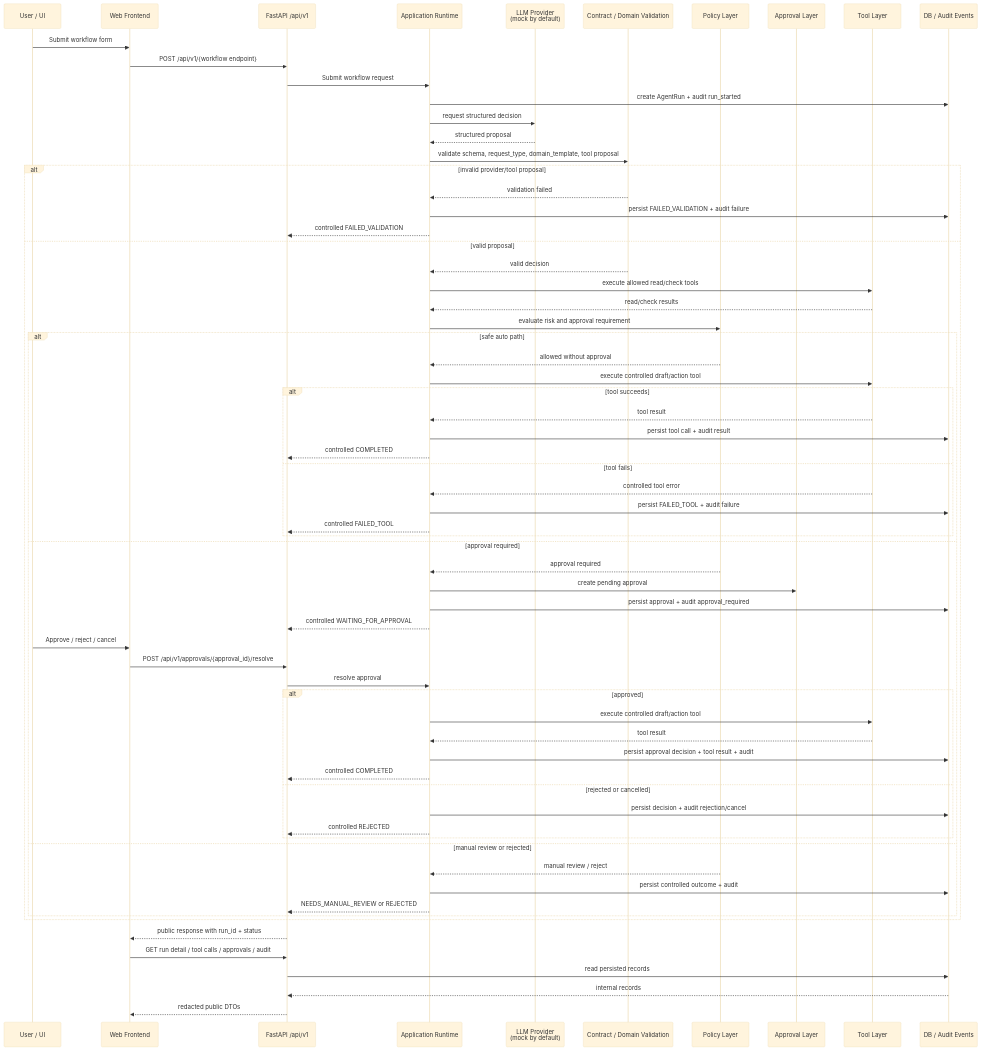
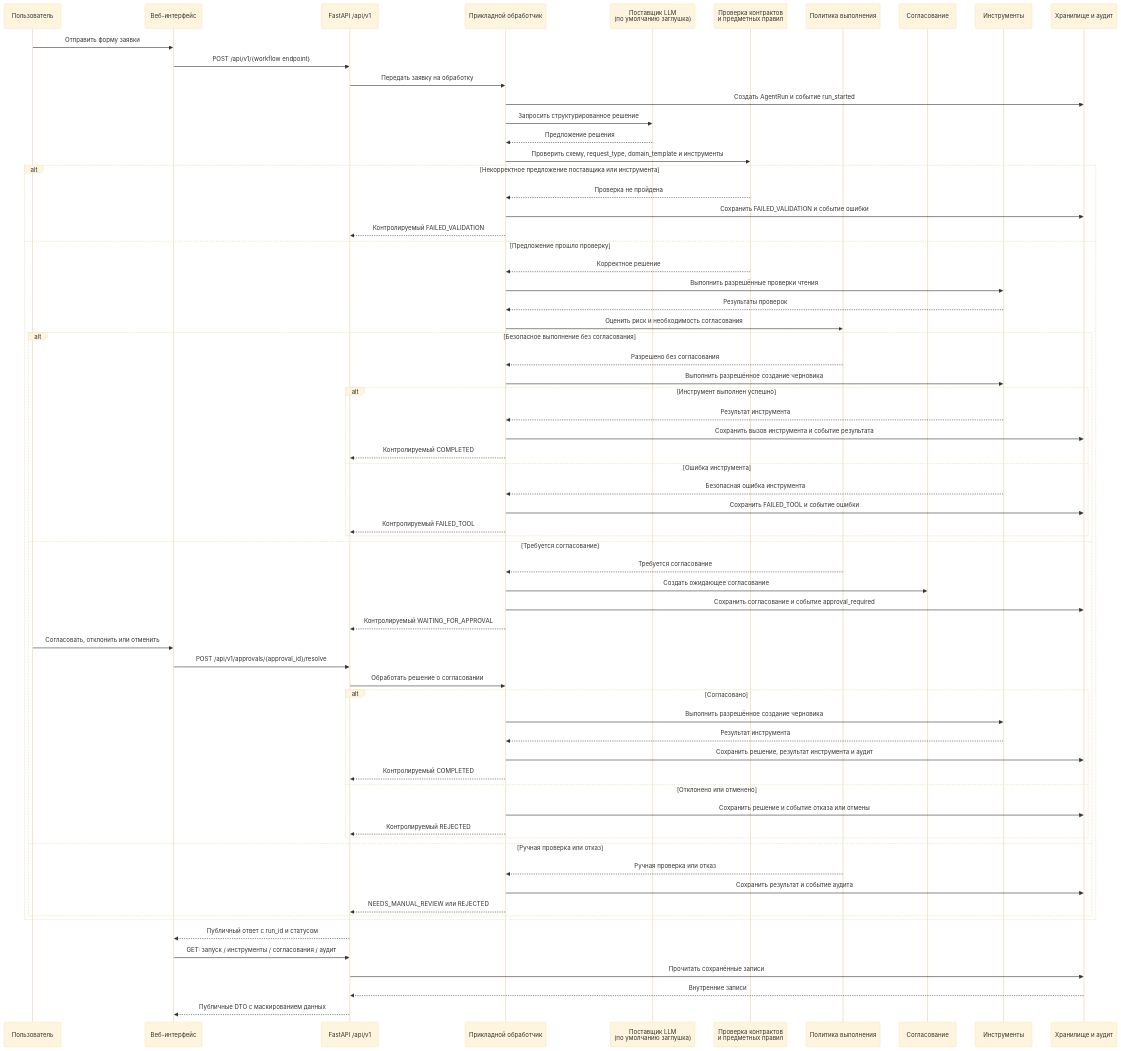
One commit to Vkuvalin/enterprise-ai-tool-gateway changed the second of 2 diagrams in docs/ARCHITECTURE.md. Above: the diagram before and after it, drawn with Mermaid (base theme). The commit also changed other lines of this file and 8 other files, not shown here.

````diff
--- a/docs/ARCHITECTURE.md
+++ b/docs/ARCHITECTURE.md
@@ -67,79 +67,79 @@
 ```mermaid
 sequenceDiagram
-    participant User as User / UI
-    participant FE as Web Frontend
+    participant User as Пользователь
+    participant FE as Веб-интерфейс
     participant API as FastAPI /api/v1
-    participant WF as Application Runtime
-    participant Provider as LLM Provider<br/>(mock by default)
-    participant Validation as Contract / Domain Validation
-    participant Policy as Policy Layer
-    participant Approval as Approval Layer
-    participant Tools as Tool Layer
-    participant DB as DB / Audit Events
+    participant WF as Прикладной обработчик
+    participant Provider as Поставщик LLM<br/>(по умолчанию заглушка)
+    participant Validation as Проверка контрактов<br/>и предметных правил
+    participant Policy as Политика выполнения
+    participant Approval as Согласование
+    participant Tools as Инструменты
+    participant DB as Хранилище и аудит
 
-    User->>FE: Submit workflow form
+    User->>FE: Отправить форму заявки
     FE->>API: POST /api/v1/{workflow endpoint}
-    API->>WF: Submit workflow request
-    WF->>DB: create AgentRun + audit run_started
+    API->>WF: Передать заявку на обработку
+    WF->>DB: Создать AgentRun и событие run_started
 
-    WF->>Provider: request structured decision
-    Provider-->>WF: structured proposal
+    WF->>Provider: Запросить структурированное решение
+    Provider-->>WF: Предложение решения
 
-    WF->>Validation: validate schema, request_type, domain_template, tool proposal
+    WF->>Validation: Проверить схему, request_type, domain_template и инструменты
 
-    alt invalid provider/tool proposal
-        Validation-->>WF: validation failed
-        WF->>DB: persist FAILED_VALIDATION + audit failure
-        WF-->>API: controlled FAILED_VALIDATION
-    else valid proposal
-        Validation-->>WF: valid decision
-        WF->>Tools: execute allowed read/check tools
-        Tools-->>WF: read/check results
-        WF->>Policy: evaluate risk and approval requirement
+    alt Некорректное предложение поставщика или инструмента
+        Validation-->>WF: Проверка не пройдена
+        WF->>DB: Сохранить FAILED_VALIDATION и событие ошибки
+        WF-->>API: Контролируемый FAILED_VALIDATION
+    else Предложение прошло проверку
+        Validation-->>WF: Корректное решение
+        WF->>Tools: Выполнить разрешённые проверки чтения
+        Tools-->>WF: Результаты проверок
+        WF->>Policy: Оценить риск и необходимость согласования
 
-        alt safe auto path
-            Policy-->>WF: allowed without approval
-            WF->>Tools: execute controlled draft/action tool
-            alt tool succeeds
-                Tools-->>WF: tool result
-                WF->>DB: persist tool call + audit result
-                WF-->>API: controlled COMPLETED
-            else tool fails
-                Tools-->>WF: controlled tool error
-                WF->>DB: persist FAILED_TOOL + audit failure
-                WF-->>API: controlled FAILED_TOOL
+        alt Безопасное выполнение без согласования
+            Policy-->>WF: Разрешено без согласования
+            WF->>Tools: Выполнить разрешённое создание черновика
+            alt Инструмент выполнен успешно
+                Tools-->>WF: Результат инструмента
+                WF->>DB: Сохранить вызов инструмента и событие результата
+                WF-->>API: Контролируемый COMPLETED
+            else Ошибка инструмента
+                Tools-->>WF: Безопасная ошибка инструмента
+                WF->>DB: Сохранить FAILED_TOOL и событие ошибки
+                WF-->>API: Контролируемый FAILED_TOOL
             end
 
-        else approval required
-            Policy-->>WF: approval required
-            WF->>Approval: create pending approval
-            WF->>DB: persist approval + audit approval_required
-            WF-->>API: controlled WAITING_FOR_APPROVAL
+        else Требуется согласование
+            Policy-->>WF: Требуется согласование
+            WF->>Approval: Создать ожидающее согласование
+            WF->>DB: Сохранить согласование и событие approval_required
+            WF-->>API: Контролируемый WAITING_FOR_APPROVAL
 
-            User->>FE: Approve / reject / cancel
+            User->>FE: Согласовать, отклонить или отменить
             FE->>API: POST /api/v1/approvals/{approval_id}/resolve
-            API->>WF: resolve approval
+            API->>WF: Обработать решение о согласовании
 
-            alt approved
-                WF->>Tools: execute controlled draft/action tool
-                Tools-->>WF: tool result
-                WF->>DB: persist approval decision + tool result + audit
-                WF-->>API: controlled COMPLETED
-            else rejected or cancelled
-                WF->>DB: persist decision + audit rejection/cancel
-                WF-->>API: controlled REJECTED
+            alt Согласовано
+                WF->>Tools: Выполнить разрешённое создание черновика
+                Tools-->>WF: Результат инструмента
+                WF->>DB: Сохранить решение, результат инструмента и аудит
+                WF-->>API: Контролируемый COMPLETED
+            else Отклонено или отменено
+                WF->>DB: Сохранить решение и событие отказа или отмены
+                WF-->>API: Контролируемый REJECTED
             end
 
-        else manual review or rejected
-            Policy-->>WF: manual review / reject
-            WF->>DB: persist controlled outcome + audit
-            WF-->>API: NEEDS_MANUAL_REVIEW or REJECTED
+        else Ручная проверка или отказ
+            Policy-->>WF: Ручная проверка или отказ
+            WF->>DB: Сохранить результат и событие аудита
+            WF-->>API: NEEDS_MANUAL_REVIEW или REJECTED
         end
     end
 
-    API-->>FE: public response with run_id + status
-    FE->>API: GET run detail / tool calls / approvals / audit
-    API->>DB: read persisted records
-    DB-->>API: internal records
-    API-->>FE: redacted public DTOs
+    API-->>FE: Публичный ответ с run_id и статусом
+    FE->>API: GET: запуск / инструменты / согласования / аудит
+    API->>DB: Прочитать сохранённые записи
+    DB-->>API: Внутренние записи
+    API-->>FE: Публичные DTO с маскированием данных
 ```
````
